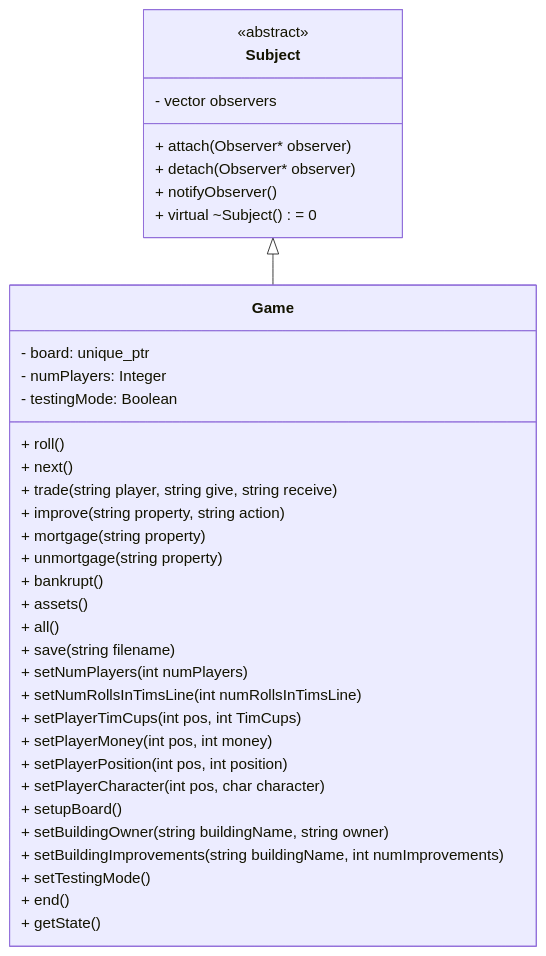
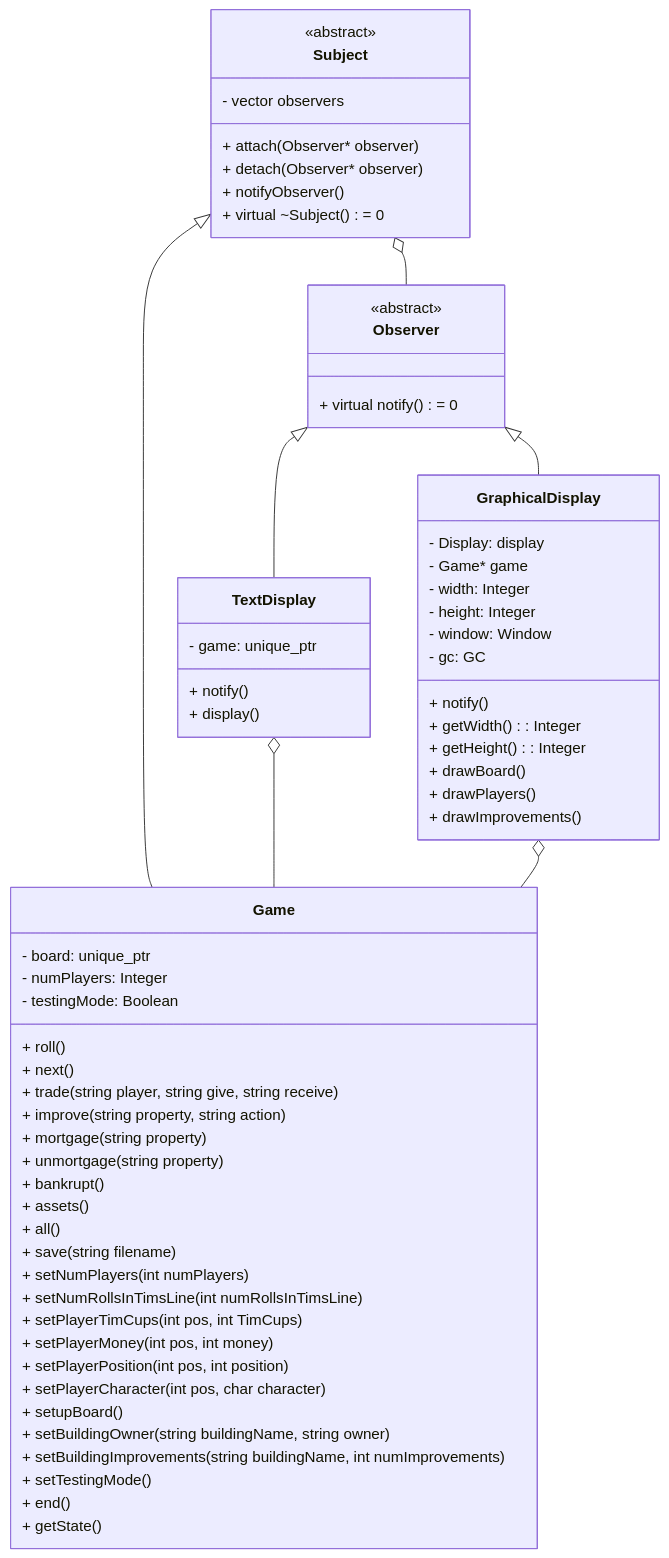
One commit to LakshitLuhadia/Watopoly changed the second of 2 diagrams in README.md. Above: the diagram before and after it, drawn with Mermaid. The commit also changed other lines of this file, not shown here.

````diff
--- a/README.md
+++ b/README.md
@@ -98,42 +365,74 @@
 ```mermaid
 classDiagram
     class Subject {
         <<abstract>>
         - vector<Observer*> observers
         + attach(Observer* observer)
         + detach(Observer* observer)
         + notifyObserver()
         + virtual ~Subject() = 0
     }
 
     class Game {
         - board: unique_ptr<Board>
         - numPlayers: Integer
         - testingMode: Boolean
         + roll()
         + next()
         + trade(string player, string give, string receive)
         + improve(string property, string action)
         + mortgage(string property)
         + unmortgage(string property)
         + bankrupt()
         + assets()
         + all()
         + save(string filename)
         + setNumPlayers(int numPlayers)
         + setNumRollsInTimsLine(int numRollsInTimsLine)
         + setPlayerTimCups(int pos, int TimCups)
         + setPlayerMoney(int pos, int money)
         + setPlayerPosition(int pos, int position)
         + setPlayerCharacter(int pos, char character)
         + setupBoard()
         + setBuildingOwner(string buildingName, string owner)
         + setBuildingImprovements(string buildingName, int numImprovements)
         + setTestingMode()
         + end()
         + getState()
     }
 
+    class Observer {
+        <<abstract>>
+        + virtual notify() = 0
+    }
+
+    class TextDisplay {
+       - game: unique_ptr<Game>
+       + notify()
+       + display()
+    }
+
+    class GraphicalDisplay {
+       - Display: display
+       - Game* game
+       - width: Integer
+       - height: Integer
+       - window: Window
+       - gc: GC
+       + notify()
+       + getWidth(): Integer
+       + getHeight(): Integer
+       + drawBoard()
+       + drawPlayers()
+       + drawImprovements()
+    }
+
     %% Relationships
     Subject <|-- Game
+    Subject o-- Observer
+    Observer <|-- TextDisplay
+    Observer <|-- GraphicalDisplay
+    TextDisplay o-- Game
+    GraphicalDisplay o-- Game
+    
 ```
````
